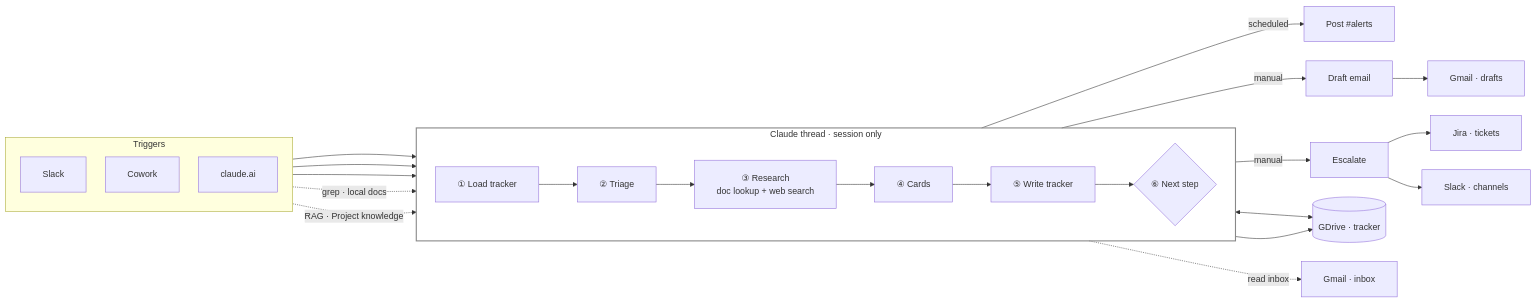
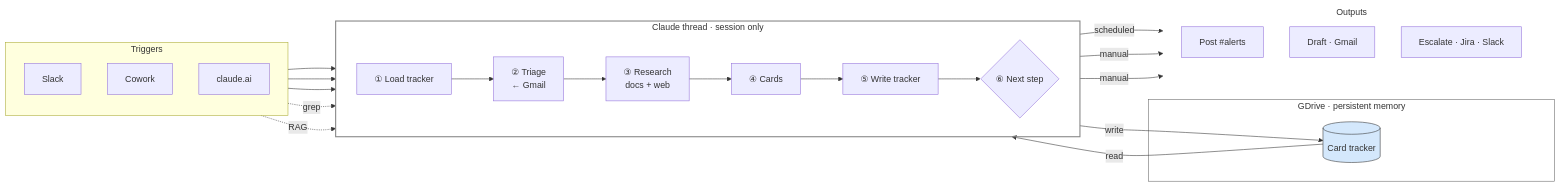
The diagram in SETUP-GUIDE.md (sangyoon-pak/sova_claude), drawn with Mermaid before and after one commit. The commit also changed other lines of this file, not shown here.

Commit message:
Expand card tracker docs and refine architecture diagram.
Document Sova's tracker read/write flow, card fields, handoff trail, and delta logic; simplify the core-path diagram with one-way GDrive arrows.

````diff
--- a/SETUP-GUIDE.md
+++ b/SETUP-GUIDE.md
@@ -82,41 +95,51 @@
 ```mermaid
 ---
 config:
   flowchart:
-    padding: 20
-    nodeSpacing: 35
-    rankSpacing: 45
+    padding: 16
+    nodeSpacing: 48
+    rankSpacing: 52
+    diagramPadding: 12
 ---
 flowchart LR
     subgraph triggers["Triggers"]
         direction TB
         T3["Slack"]
         T1["Cowork"]
         T2["claude.ai"]
     end
 
+    subgraph storage["GDrive · persistent memory"]
+        GD[("Card tracker")]
+    end
+
     subgraph session["Claude thread · session only"]
         direction LR
-        S1["① Load tracker"] --> S2["② Triage"] --> S2b["③ Research<br/>doc lookup + web search"] --> S3["④ Cards"] --> S4["⑤ Write tracker"] --> S5{"⑥ Next step"}
+        S1["① Load tracker"] --> S2["② Triage<br/>← Gmail"] --> S2b["③ Research<br/>docs + web"] --> S3["④ Cards"] --> S4["⑤ Write tracker"] --> S5{"⑥ Next step"}
+    end
+
+    subgraph outputs["Outputs"]
+        direction TB
+        P1["Post #alerts"]
+        P2["Draft · Gmail"]
+        P3["Escalate · Jira · Slack"]
     end
 
     T3 --> S1
     T1 & T2 --> S1
 
-    T1 -.->|grep · local docs| S2b
-    T2 -.->|RAG · Project knowledge| S2b
+    T1 -.->|grep| S2b
+    T2 -.->|RAG| S2b
 
-    S5 -->|scheduled| P1["Post #alerts"]
-    S5 -->|manual| P2["Draft email"]
-    S5 -->|manual| P3["Escalate"]
+    GD -->|read| S1
+    S4 -->|write| GD
 
-    P2 --> G1["Gmail · drafts"]
-    P3 --> G2["Jira · tickets"]
-    P3 --> G3["Slack · channels"]
-
-    S1 <--> GD[("GDrive · tracker")]
-    S4 --> GD
-    S2 -.->|read inbox| G0["Gmail · inbox"]
+    S5 -->|scheduled| P1
+    S5 -->|manual| P2
+    S5 -->|manual| P3
 
     style session fill:none,stroke:#888,stroke-width:2px
+    style storage fill:none,stroke:#666,stroke-width:1px
+    style outputs fill:none,stroke:none
+    style GD fill:#d4e8fc,stroke:#333
 ```
````
